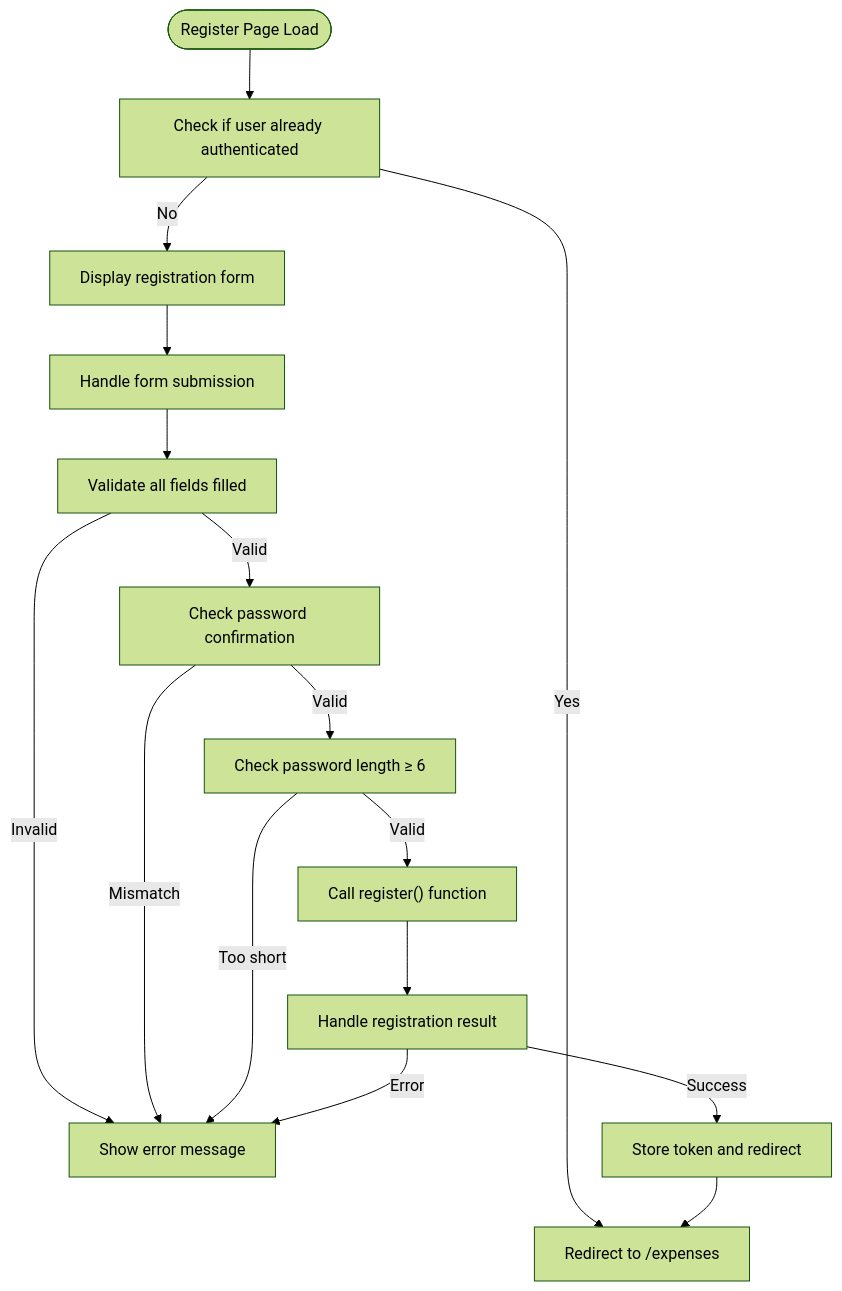
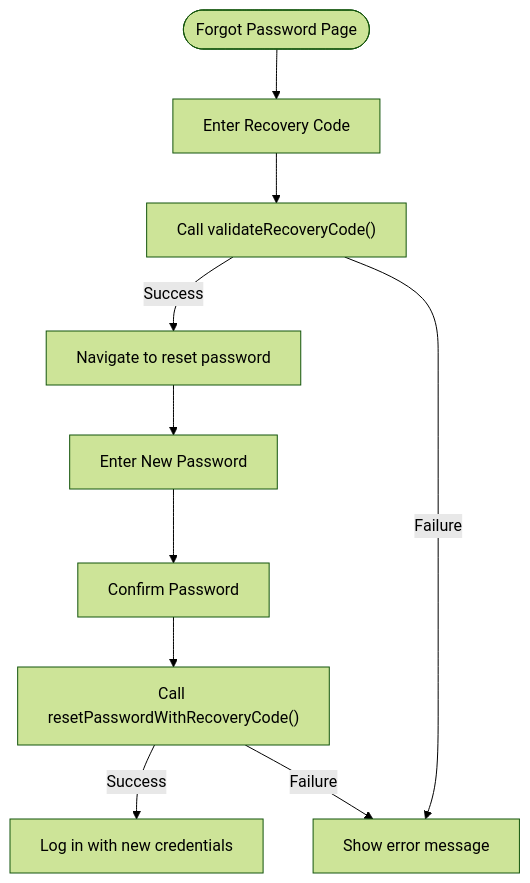
Before and after one commit to amiirbazzii/Expense-Tracker---Warp: the fourth of 4 diagrams in .qoder/repowiki/en/content/API Reference/Authentication API.md, drawn with Mermaid (forest theme). The commit also changed other lines of this file and 16 other files, not shown here.

First line of the commit message:
feat: remove recovery code existence checks - always show 'Generate'

````diff
--- a/.qoder/repowiki/en/content/API Reference/Authentication API.md
+++ b/.qoder/repowiki/en/content/API Reference/Authentication API.md
@@ -285,18 +426,12 @@
 ```mermaid
 flowchart TD
-Start([Register Page Load]) --> CheckAuth["Check if user already authenticated"]
-CheckAuth --> |Yes| Redirect["Redirect to /expenses"]
-CheckAuth --> |No| DisplayForm["Display registration form"]
-DisplayForm --> HandleSubmit["Handle form submission"]
-HandleSubmit --> ValidateFields["Validate all fields filled"]
-ValidateFields --> |Invalid| ShowError["Show error message"]
-ValidateFields --> |Valid| ValidatePasswordMatch["Check password confirmation"]
-ValidatePasswordMatch --> |Mismatch| ShowError
-ValidatePasswordMatch --> |Valid| ValidatePasswordLength["Check password length ≥ 6"]
-ValidatePasswordLength --> |Too short| ShowError
-ValidatePasswordLength --> |Valid| CallRegister["Call register() function"]
-CallRegister --> HandleResult["Handle registration result"]
-HandleResult --> |Success| StoreToken["Store token and redirect"]
-HandleResult --> |Error| ShowError
-StoreToken --> Redirect
+Start([Forgot Password Page]) --> EnterCode["Enter Recovery Code"]
+EnterCode --> ValidateCode["Call validateRecoveryCode()"]
+ValidateCode --> |Success| NavigateReset["Navigate to reset password"]
+ValidateCode --> |Failure| ShowError["Show error message"]
+NavigateReset --> EnterNewPassword["Enter New Password"]
+EnterNewPassword --> ConfirmPassword["Confirm Password"]
+ConfirmPassword --> CallReset["Call resetPasswordWithRecoveryCode()"]
+CallReset --> |Success| LoginUser["Log in with new credentials"]
+CallReset --> |Failure| ShowError
 ```
````
